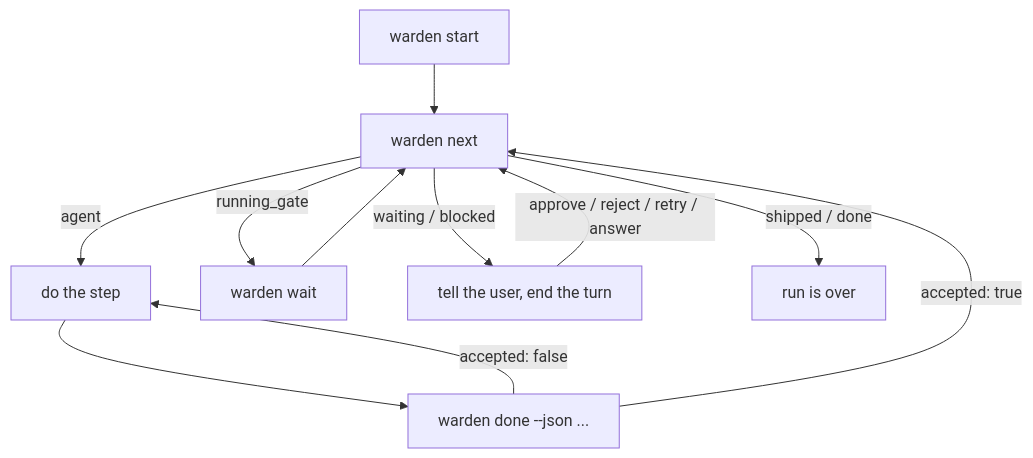
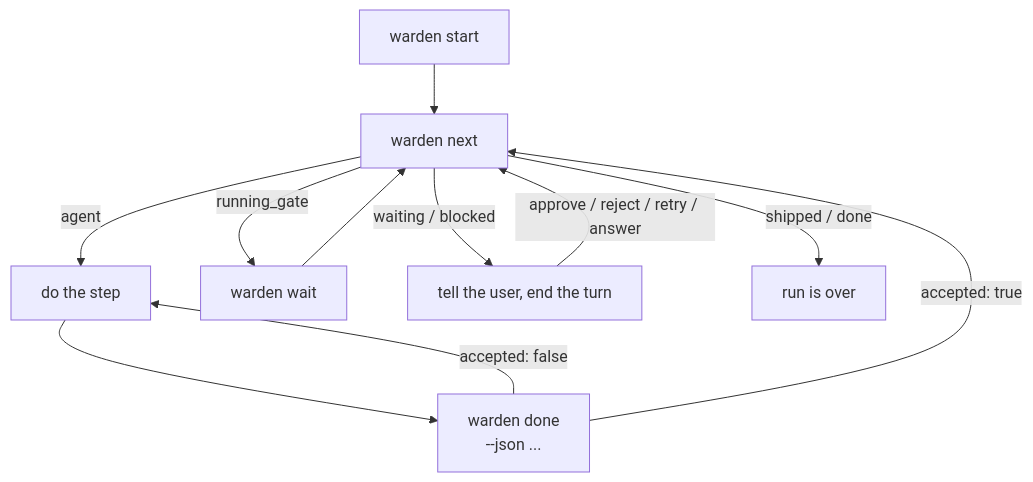
The diagram in docs/concepts/how-warden-works.md (thucxuong/warden), drawn with Mermaid before and after one commit. The commit also changed 11 other files, not shown here.

First line of the commit message:
Website: draw the Mermaid diagrams

````diff
--- a/docs/concepts/how-warden-works.md
+++ b/docs/concepts/how-warden-works.md
@@ -47,13 +47,13 @@
 ```mermaid
 flowchart TD
     start["warden start"] --> next["warden next"]
     next -->|agent| work["do the step"]
-    work --> done["warden done --json ..."]
+    work --> done["warden done<br/>--json ..."]
     done -->|accepted: false| work
     done -->|accepted: true| next
     next -->|running_gate| wait["warden wait"]
     wait --> next
     next -->|waiting / blocked| person["tell the user, end the turn"]
     person -->|approve / reject / retry / answer| next
     next -->|shipped / done| finish["run is over"]
 ```
````
